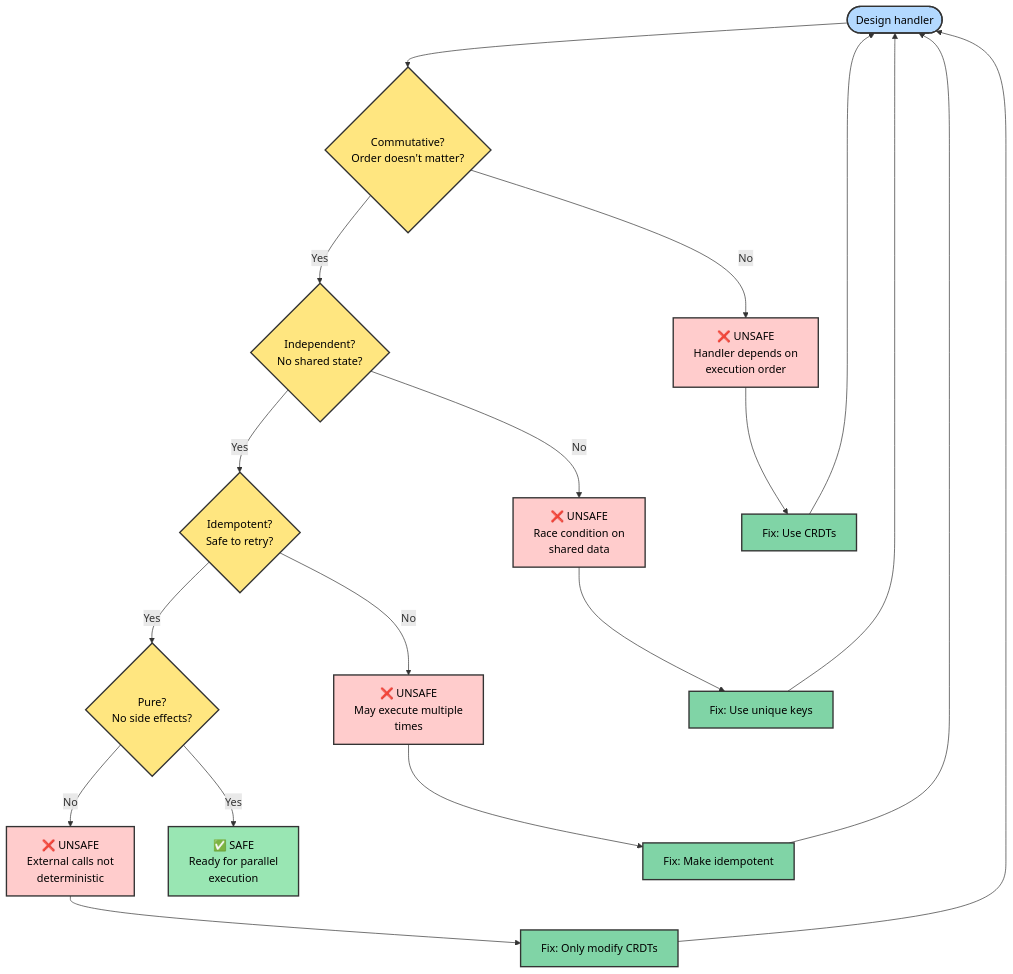
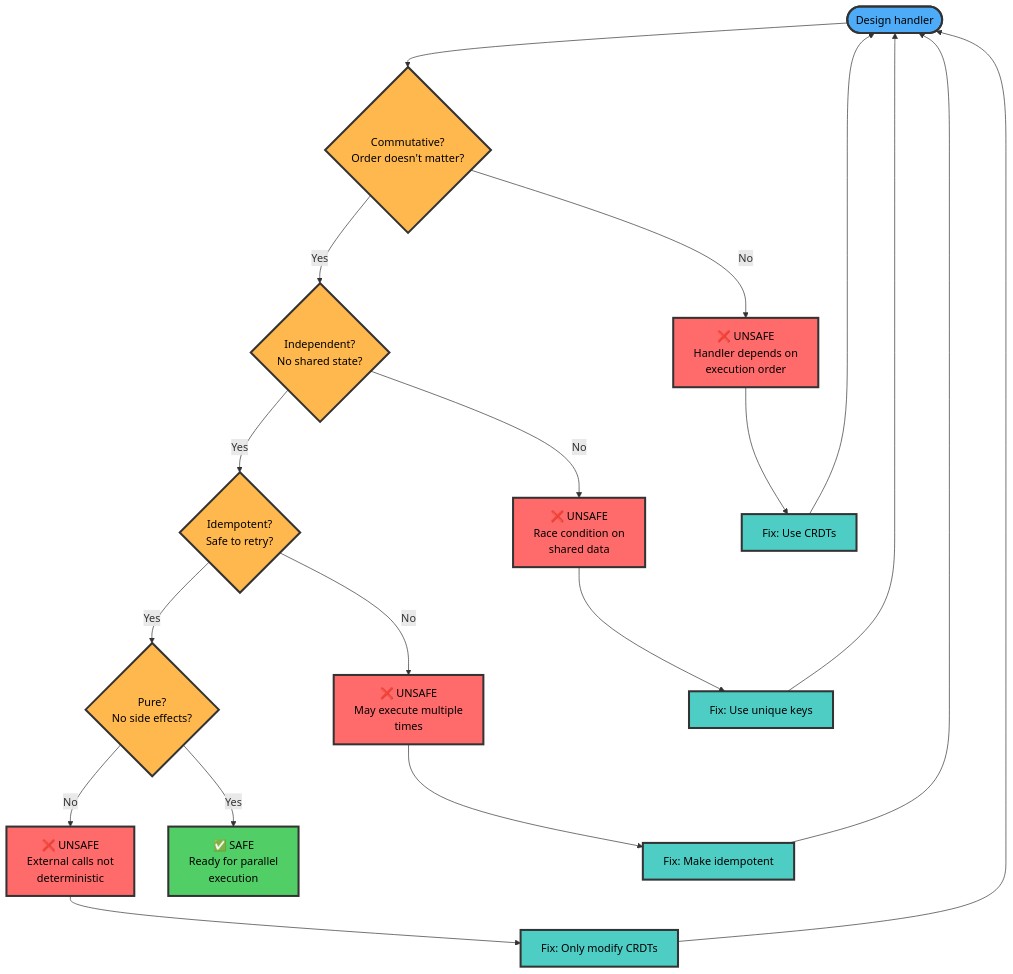
Before and after one commit to calimero-network/core: the fifth of 7 diagrams in crates/sdk/README.md, drawn with Mermaid. The commit also changed other lines of this file and 3 other files, not shown here.

First line of the commit message:
docs: improve mermaid diagram accessibility with high-contrast colors

````diff
--- a/crates/sdk/README.md
+++ b/crates/sdk/README.md
@@ -257,41 +257,41 @@
 ```mermaid
 flowchart TD
     Start([Design handler]) --> Q1{Commutative?<br/>Order doesn't matter?}
     
     Q1 -->|No| Unsafe1[❌ UNSAFE<br/>Handler depends on<br/>execution order]
     Q1 -->|Yes| Q2{Independent?<br/>No shared state?}
     
     Q2 -->|No| Unsafe2[❌ UNSAFE<br/>Race condition on<br/>shared data]
     Q2 -->|Yes| Q3{Idempotent?<br/>Safe to retry?}
     
     Q3 -->|No| Unsafe3[❌ UNSAFE<br/>May execute multiple<br/>times]
     Q3 -->|Yes| Q4{Pure?<br/>No side effects?}
     
     Q4 -->|No| Unsafe4[❌ UNSAFE<br/>External calls not<br/>deterministic]
     Q4 -->|Yes| Safe[✅ SAFE<br/>Ready for parallel<br/>execution]
     
     Unsafe1 --> Fix1[Fix: Use CRDTs]
     Unsafe2 --> Fix2[Fix: Use unique keys]
     Unsafe3 --> Fix3[Fix: Make idempotent]
     Unsafe4 --> Fix4[Fix: Only modify CRDTs]
     
     Fix1 --> Start
     Fix2 --> Start
     Fix3 --> Start
     Fix4 --> Start
     
-    style Start fill:#b3d9ff,stroke:#333,stroke-width:2px,color:#000
-    style Q1 fill:#ffe680,stroke:#333,stroke-width:2px,color:#000
-    style Q2 fill:#ffe680,stroke:#333,stroke-width:2px,color:#000
-    style Q3 fill:#ffe680,stroke:#333,stroke-width:2px,color:#000
-    style Q4 fill:#ffe680,stroke:#333,stroke-width:2px,color:#000
-    style Safe fill:#99e6b3,stroke:#333,stroke-width:2px,color:#000
-    style Unsafe1 fill:#ffcccc,stroke:#333,stroke-width:2px,color:#000
-    style Unsafe2 fill:#ffcccc,stroke:#333,stroke-width:2px,color:#000
-    style Unsafe3 fill:#ffcccc,stroke:#333,stroke-width:2px,color:#000
-    style Unsafe4 fill:#ffcccc,stroke:#333,stroke-width:2px,color:#000
-    style Fix1 fill:#80d4a6,stroke:#333,stroke-width:2px,color:#000
-    style Fix2 fill:#80d4a6,stroke:#333,stroke-width:2px,color:#000
-    style Fix3 fill:#80d4a6,stroke:#333,stroke-width:2px,color:#000
-    style Fix4 fill:#80d4a6,stroke:#333,stroke-width:2px,color:#000
+    style Start fill:#4DABF7,stroke:#333,stroke-width:3px,color:#000
+    style Q1 fill:#FFB84D,stroke:#333,stroke-width:3px,color:#000
+    style Q2 fill:#FFB84D,stroke:#333,stroke-width:3px,color:#000
+    style Q3 fill:#FFB84D,stroke:#333,stroke-width:3px,color:#000
+    style Q4 fill:#FFB84D,stroke:#333,stroke-width:3px,color:#000
+    style Safe fill:#51CF66,stroke:#333,stroke-width:3px,color:#000
+    style Unsafe1 fill:#FF6B6B,stroke:#333,stroke-width:3px,color:#000
+    style Unsafe2 fill:#FF6B6B,stroke:#333,stroke-width:3px,color:#000
+    style Unsafe3 fill:#FF6B6B,stroke:#333,stroke-width:3px,color:#000
+    style Unsafe4 fill:#FF6B6B,stroke:#333,stroke-width:3px,color:#000
+    style Fix1 fill:#4ECDC4,stroke:#333,stroke-width:3px,color:#000
+    style Fix2 fill:#4ECDC4,stroke:#333,stroke-width:3px,color:#000
+    style Fix3 fill:#4ECDC4,stroke:#333,stroke-width:3px,color:#000
+    style Fix4 fill:#4ECDC4,stroke:#333,stroke-width:3px,color:#000
 ```
````
